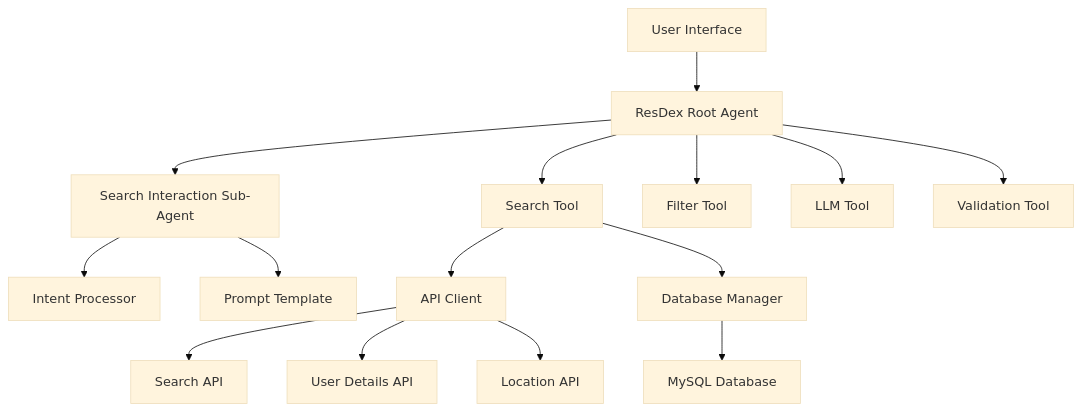
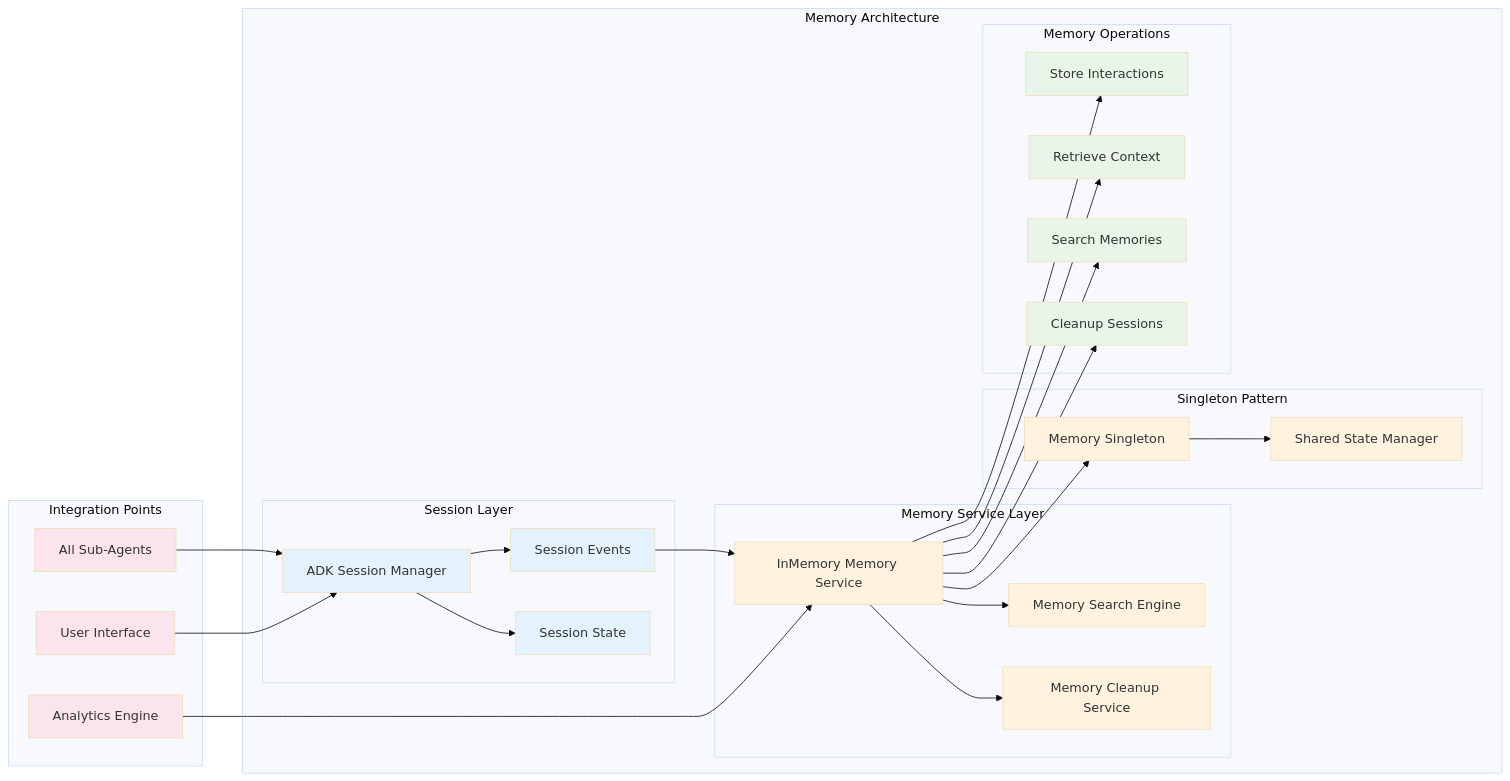
One commit to MinPika87/Resdex_NEW changed the third of 14 diagrams in architecture_diagram.md. Above: the diagram before and after it, drawn with Mermaid (base theme). The commit also changed other lines of this file and 5 other files, not shown here.

````diff
--- a/architecture_diagram.md
+++ b/architecture_diagram.md
@@ -5,21 +197,66 @@
 ```mermaid
-graph TD
-    A[User Interface] --> B[ResDex Root Agent]
-    B --> C[Search Interaction Sub-Agent]
-    B --> D[Search Tool]
-    B --> E[Filter Tool]
-    B --> F[LLM Tool]
-    B --> G[Validation Tool]
+graph LR
+    subgraph "Memory Architecture"
+        subgraph "Session Layer"
+            SessionManager[ADK Session Manager]
+            SessionEvents[Session Events]
+            SessionState[Session State]
+        end
+        
+        subgraph "Memory Service Layer"
+            MemoryService[InMemory Memory Service]
+            MemorySearch[Memory Search Engine]
+            MemoryCleanup[Memory Cleanup Service]
+        end
+        
+        subgraph "Singleton Pattern"
+            MemorySingleton[Memory Singleton]
+            SharedState[Shared State Manager]
+        end
+        
+        subgraph "Memory Operations"
+            Store[Store Interactions]
+            Retrieve[Retrieve Context]
+            Search[Search Memories]
+            Cleanup[Cleanup Sessions]
+        end
+    end
     
-    C --> H[Intent Processor]
-    C --> I[Prompt Template]
+    subgraph "Integration Points"
+        Agents[All Sub-Agents]
+        UI[User Interface]
+        Analytics[Analytics Engine]
+    end
     
-    D --> J[API Client]
-    D --> K[Database Manager]
+    %% Session management flow
+    Agents --> SessionManager
+    SessionManager --> SessionEvents
+    SessionManager --> SessionState
+    SessionEvents --> MemoryService
     
-    J --> L[Search API]
-    J --> M[User Details API]
-    J --> N[Location API]
+    %% Memory operations
+    MemoryService --> MemorySearch
+    MemoryService --> MemoryCleanup
+    MemoryService --> MemorySingleton
+    MemorySingleton --> SharedState
     
-    K --> O[MySQL Database]
+    %% Memory operations
+    MemoryService --> Store
+    MemoryService --> Retrieve
+    MemoryService --> Search
+    MemoryService --> Cleanup
+    
+    %% External integration
+    UI --> SessionManager
+    Analytics --> MemoryService
+    
+    classDef session fill:#e3f2fd
+    classDef memory fill:#fff3e0
+    classDef operations fill:#e8f5e8
+    classDef integration fill:#fce4ec
+    
+    class SessionManager,SessionEvents,SessionState session
+    class MemoryService,MemorySearch,MemoryCleanup,MemorySingleton,SharedState memory
+    class Store,Retrieve,Search,Cleanup operations
+    class Agents,UI,Analytics integration
 ```
````
